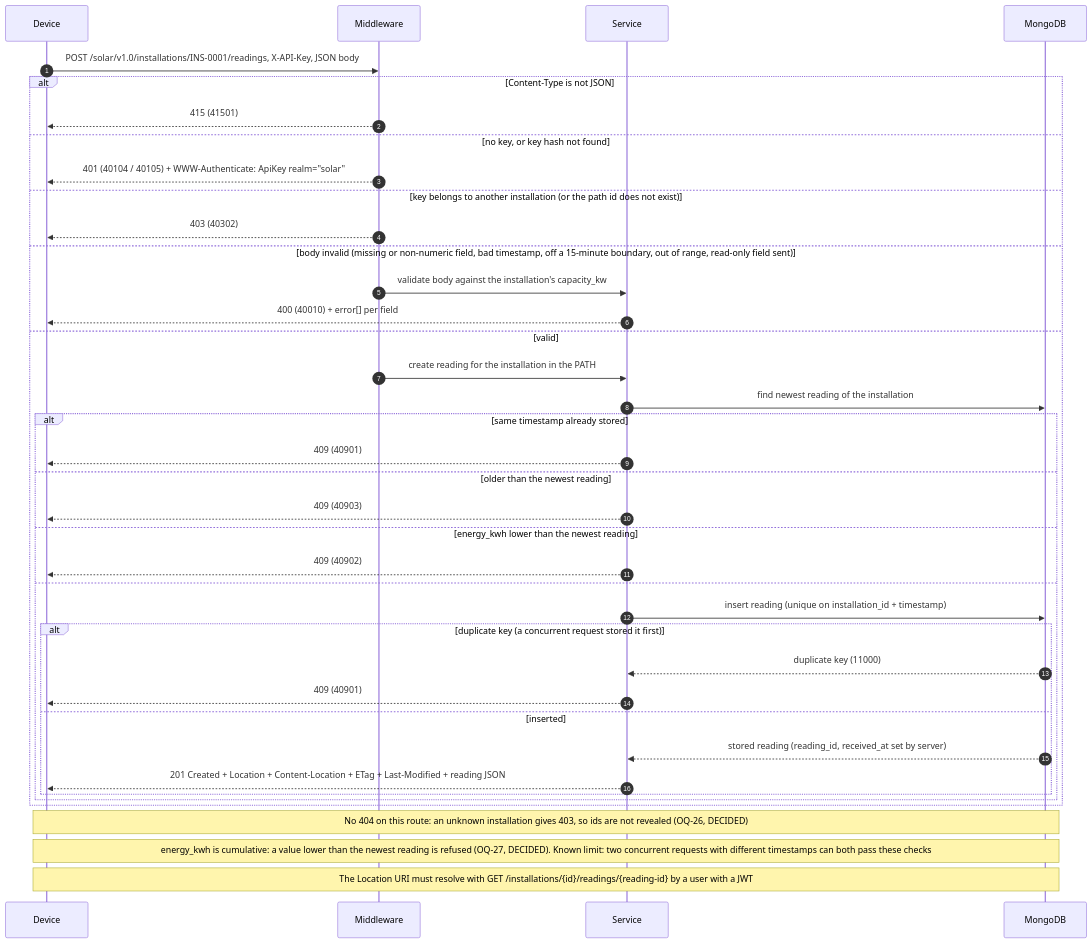
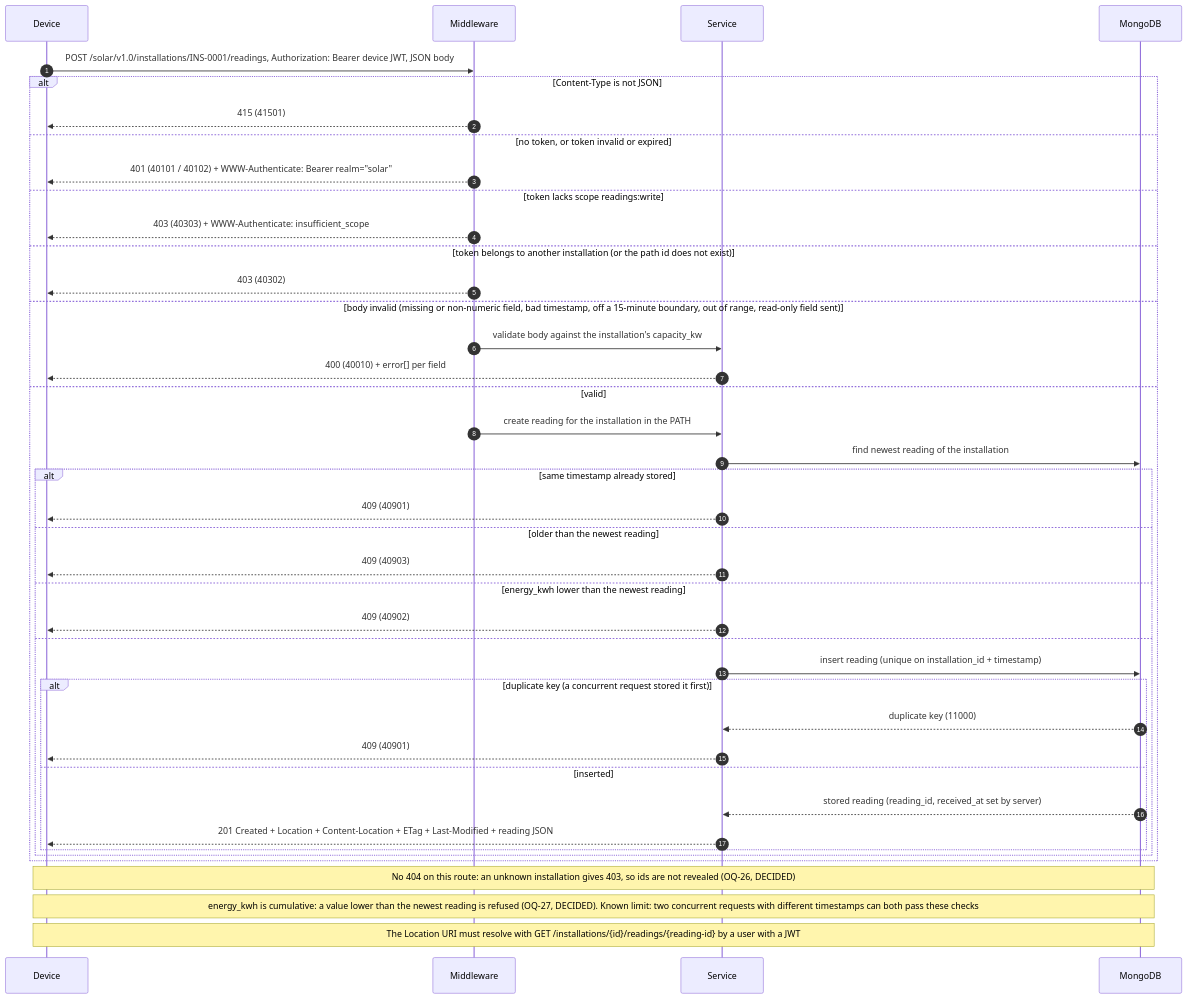
The diagram in docs/design/diagrams/05-flow-ingest-reading.mmd (hashiniRanasinghe/solar-api), drawn with Mermaid before and after one commit. The commit also changed 26 other files, not shown here.

Commit message:
feat(auth): device JWT via /login (client credentials) and scope enforcement on every route

```diff
--- a/docs/design/diagrams/05-flow-ingest-reading.mmd
+++ b/docs/design/diagrams/05-flow-ingest-reading.mmd
@@ -1,44 +1,46 @@
 %% 05-flow-ingest-reading.mmd - Request/response flow: device pushes a reading
 %% Basis: BRIEF §5 (ingestion, correct method, 201 + where it now lives); WP §7.3, §9; LEC S7, S8
 %% Decisions: my-decisions §4, §8, §9.
-%% DECIDED 2026-09-26: OQ-26 (no 404; unknown installation -> 403) and OQ-27 (older -> 409 40903, lower energy_kwh -> 409 40902). Check order: 415, 401, 403, 400, 409.
+%% DECIDED 2026-09-26: OQ-26 (no 404; unknown installation -> 403) and OQ-27 (older -> 409 40903, lower energy_kwh -> 409 40902). Device JWT (revised 2026-09-26). Check order: 405, 406, 415, 401, 403 scope, 403 not own, 400, 409.
 %% No timestamp tolerance / future-time rule is applied (no supporting evidence in coursework or reference material).
 sequenceDiagram
   autonumber
   participant D as Device
   participant M as Middleware
   participant S as Service
   participant DB as MongoDB
-  D->>M: POST /solar/v1.0/installations/INS-0001/readings, X-API-Key, JSON body
+  D->>M: POST /solar/v1.0/installations/INS-0001/readings, Authorization: Bearer device JWT, JSON body
   alt Content-Type is not JSON
     M-->>D: 415 (41501)
-  else no key, or key hash not found
-    M-->>D: 401 (40104 / 40105) + WWW-Authenticate: ApiKey realm="solar"
-  else key belongs to another installation (or the path id does not exist)
+  else no token, or token invalid or expired
+    M-->>D: 401 (40101 / 40102) + WWW-Authenticate: Bearer realm="solar"
+  else token lacks scope readings:write
+    M-->>D: 403 (40303) + WWW-Authenticate: insufficient_scope
+  else token belongs to another installation (or the path id does not exist)
     M-->>D: 403 (40302)
   else body invalid (missing or non-numeric field, bad timestamp, off a 15-minute boundary, out of range, read-only field sent)
     M->>S: validate body against the installation's capacity_kw
     S-->>D: 400 (40010) + error[] per field
   else valid
     M->>S: create reading for the installation in the PATH
     S->>DB: find newest reading of the installation
     alt same timestamp already stored
       S-->>D: 409 (40901)
     else older than the newest reading
       S-->>D: 409 (40903)
     else energy_kwh lower than the newest reading
       S-->>D: 409 (40902)
     else
     S->>DB: insert reading (unique on installation_id + timestamp)
     alt duplicate key (a concurrent request stored it first)
       DB-->>S: duplicate key (11000)
       S-->>D: 409 (40901)
     else inserted
       DB-->>S: stored reading (reading_id, received_at set by server)
       S-->>D: 201 Created + Location + Content-Location + ETag + Last-Modified + reading JSON
     end
     end
   end
   Note over D,DB: No 404 on this route: an unknown installation gives 403, so ids are not revealed (OQ-26, DECIDED)
   Note over D,DB: energy_kwh is cumulative: a value lower than the newest reading is refused (OQ-27, DECIDED). Known limit: two concurrent requests with different timestamps can both pass these checks
   Note over D,DB: The Location URI must resolve with GET /installations/{id}/readings/{reading-id} by a user with a JWT
```
